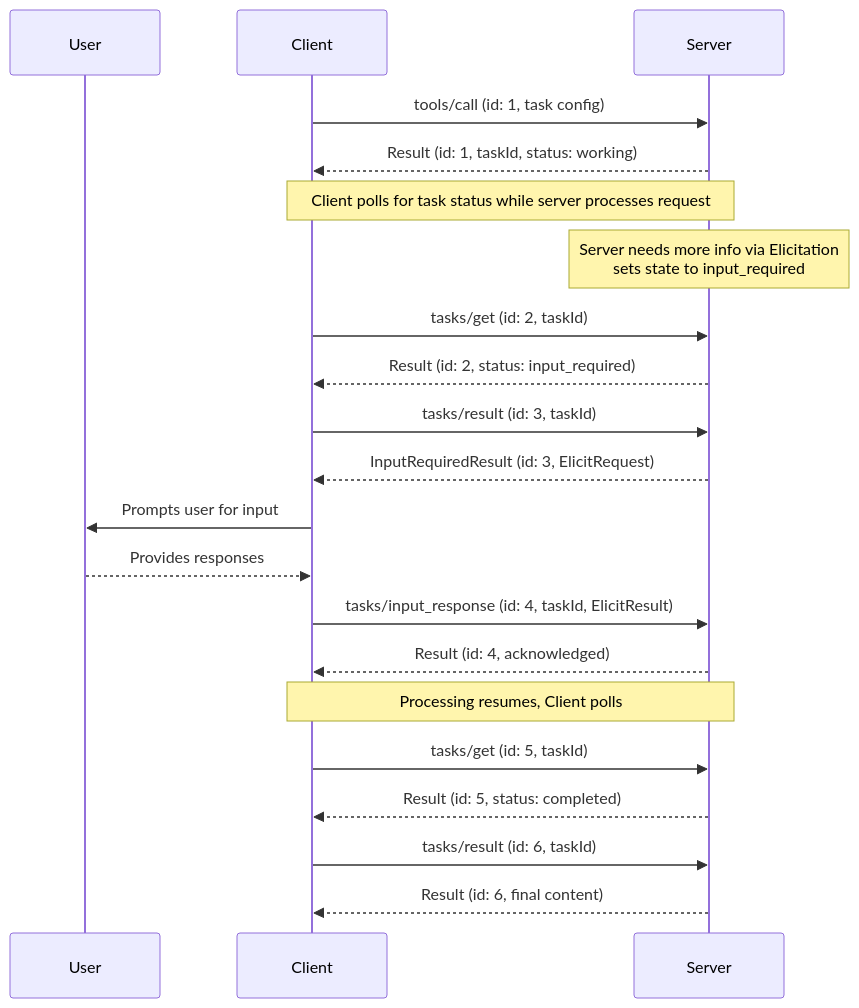
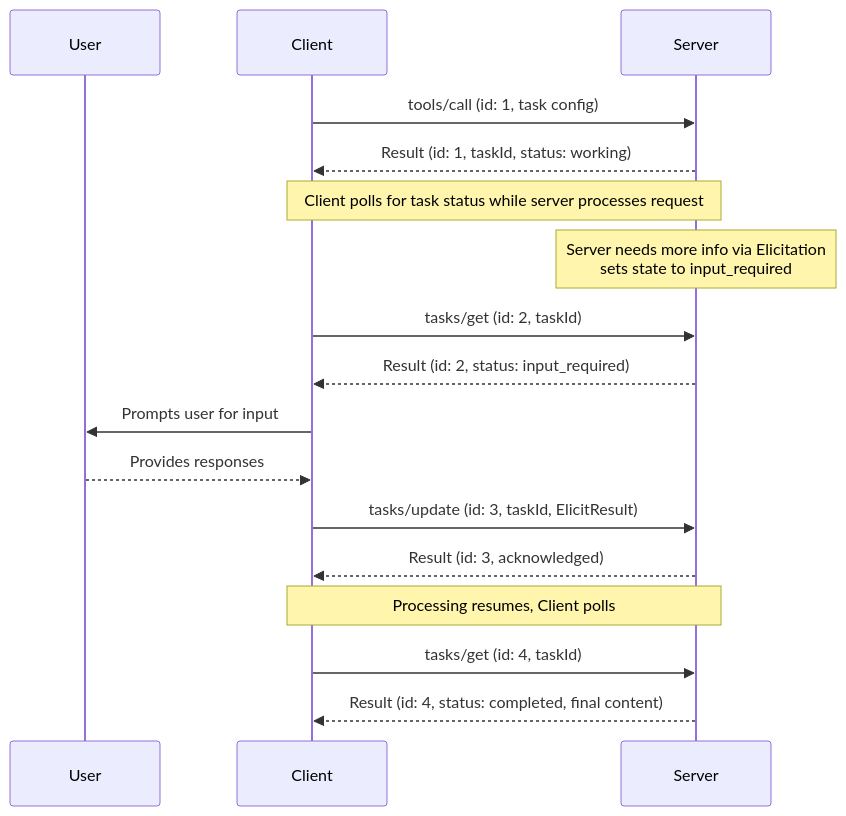
The third of 3 diagrams in docs/specification/draft/basic/utilities/mrtr.mdx (modelcontextprotocol/modelcontextprotocol), drawn with Mermaid before and after one commit. The commit also changed other lines of this file and 10 other files, not shown here.

````diff
--- a/docs/specification/draft/basic/utilities/mrtr.mdx
+++ b/docs/specification/draft/basic/utilities/mrtr.mdx
@@ -255,30 +254,24 @@
 ```mermaid
 sequenceDiagram
     participant U as User
     participant C as Client
     participant S as Server
     C->>S: tools/call (id: 1, task config)
     S-->>C: Result (id: 1, taskId, status: working)
 
     note over C,S: Client polls for task status while server processes request
 
     note over S: Server needs more info via Elicitation <br/> sets state to input_required
     C->>S: tasks/get (id: 2, taskId)
     S-->>C: Result (id: 2, status: input_required)
 
-    C->>S: tasks/result (id: 3, taskId)
-    S-->>C: InputRequiredResult (id: 3, ElicitRequest)
-
     C->>U: Prompts user for input
     U-->>C: Provides responses
 
-    C->>S: tasks/input_response (id: 4, taskId, ElicitResult)
-    S-->>C: Result (id: 4, acknowledged)
+    C->>S: tasks/update (id: 3, taskId, ElicitResult)
+    S-->>C: Result (id: 3, acknowledged)
 
     note over C,S: Processing resumes, Client polls
-    C->>S: tasks/get (id: 5, taskId)
-    S-->>C: Result (id: 5, status: completed)
-
-    C->>S: tasks/result (id: 6, taskId)
-    S-->>C: Result (id: 6, final content)
+    C->>S: tasks/get (id: 4, taskId)
+    S-->>C: Result (id: 4, status: completed, final content)
 ```
````
